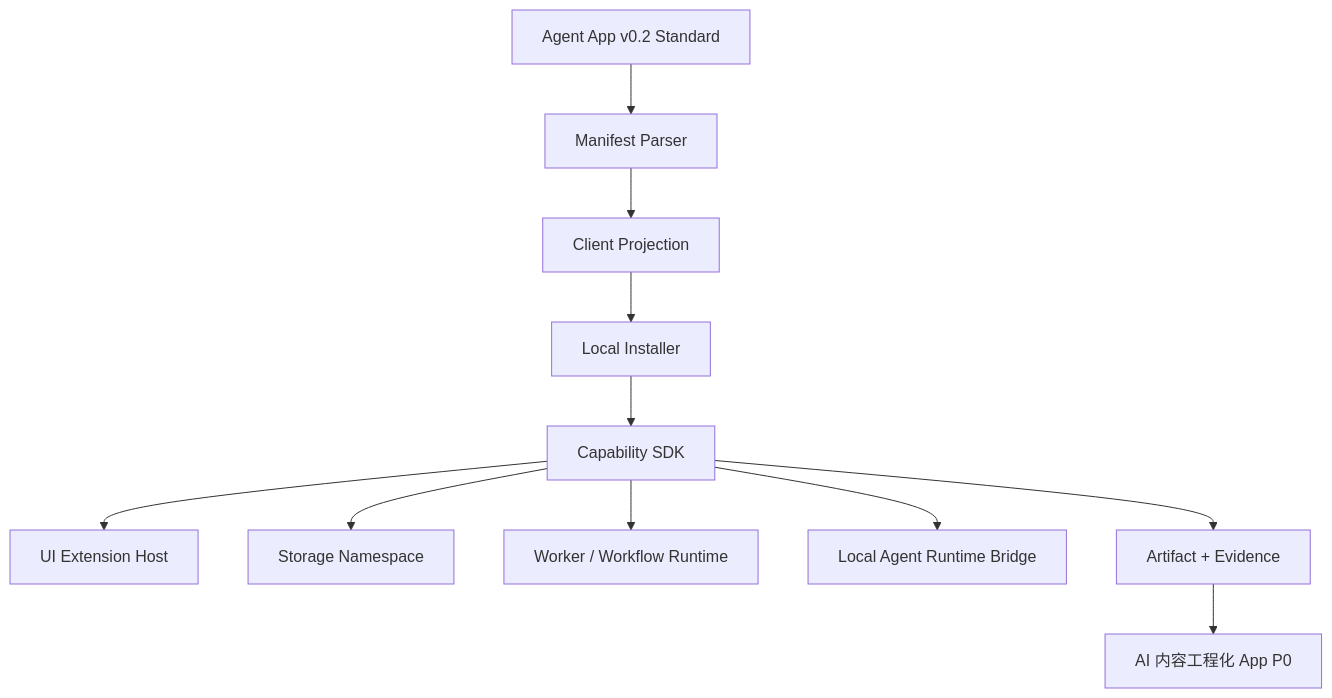
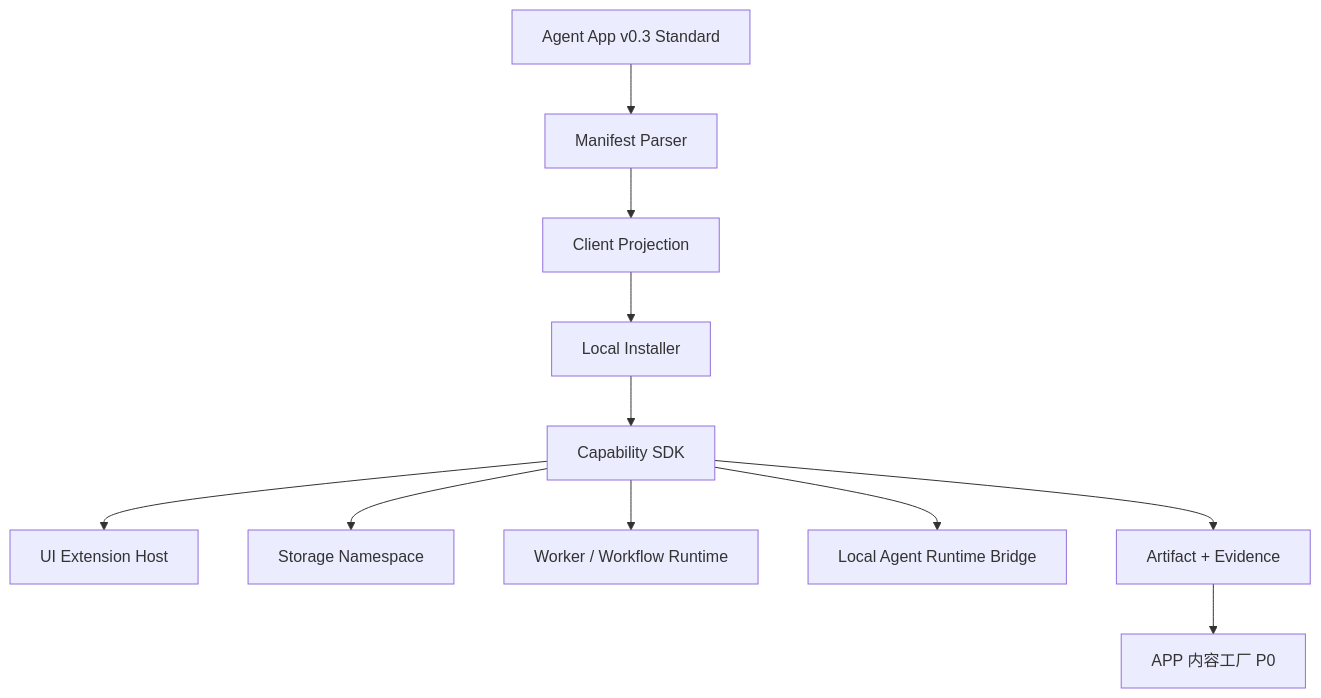
Before and after one commit to jiujuan/lime: the diagram in docs/roadmap/agentapp/README.md, drawn with Mermaid. The commit also changed other lines of this file and 9 other files, not shown here.

Commit message:
docs: align agent app roadmap with v0.3

````diff
--- a/docs/roadmap/agentapp/README.md
+++ b/docs/roadmap/agentapp/README.md
@@ -56,13 +66,13 @@
 ```mermaid
 flowchart TD
-  Standard[Agent App v0.2 Standard] --> Parser[Manifest Parser]
+  Standard[Agent App v0.3 Standard] --> Parser[Manifest Parser]
   Parser --> Projection[Client Projection]
   Projection --> Installer[Local Installer]
   Installer --> SDK[Capability SDK]
   SDK --> UI[UI Extension Host]
   SDK --> Storage[Storage Namespace]
   SDK --> Worker[Worker / Workflow Runtime]
   SDK --> Agent[Local Agent Runtime Bridge]
   SDK --> Artifact[Artifact + Evidence]
-  Artifact --> App[AI 内容工程化 App P0]
+  Artifact --> App[APP 内容工厂 P0]
 ```
````
